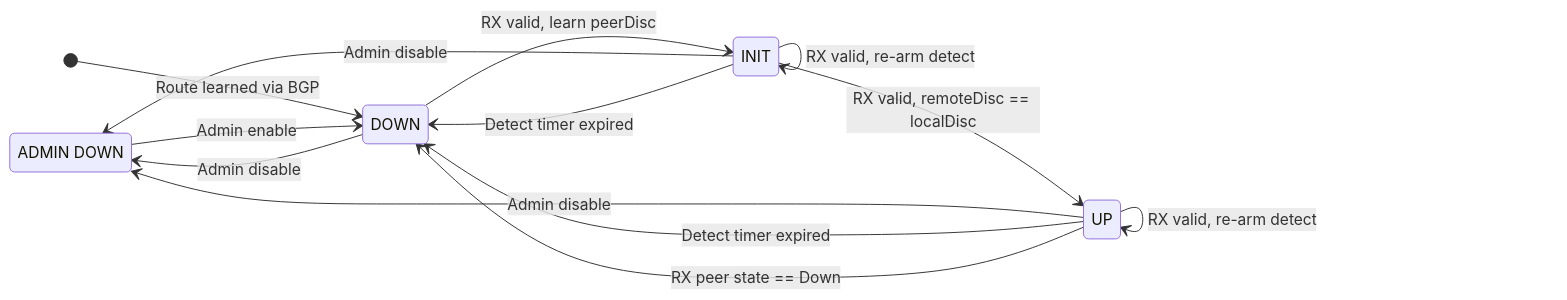
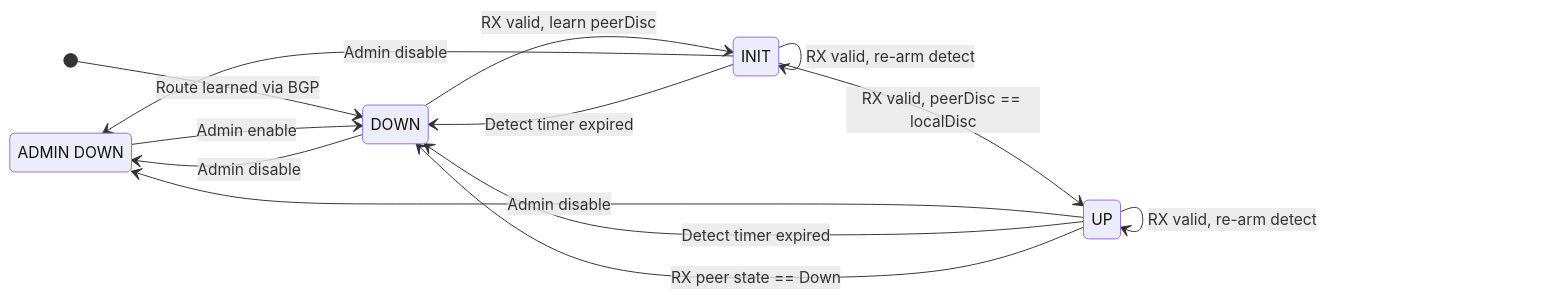
Before and after one commit to malbeclabs/doublezero: the second of 3 diagrams in rfcs/rfc7-client-route-liveness.md, drawn with Mermaid. The commit also changed other lines of this file, not shown here.

Commit message:
rfc: client route liveness / bfd / s/remote/peer

````diff
--- a/rfcs/rfc7-client-route-liveness.md
+++ b/rfcs/rfc7-client-route-liveness.md
@@ -91,31 +91,31 @@
 ```mermaid
 stateDiagram-v2
   direction LR
 
   state "ADMIN DOWN" as ADM
   state "DOWN" as DOWN
   state "INIT" as INIT
   state "UP" as UP
 
 	[*] --> DOWN: Route learned via BGP
 
   %% Administrative control
   DOWN --> ADM: Admin disable
   INIT --> ADM: Admin disable
   UP --> ADM: Admin disable
   ADM --> DOWN: Admin enable
 
   %% Bring-up and confirmation
   DOWN --> INIT: RX valid, learn peerDisc
-  INIT --> UP: RX valid, remoteDisc == localDisc
+  INIT --> UP: RX valid, peerDisc == localDisc
 
   %% Liveness maintenance and loss
   INIT --> DOWN: Detect timer expired
   UP --> DOWN: Detect timer expired
   UP --> DOWN: RX peer state == Down
 
   %% Keep-alives
   INIT --> INIT: RX valid, re-arm detect
   UP --> UP: RX valid, re-arm detect
 
 ```
````
